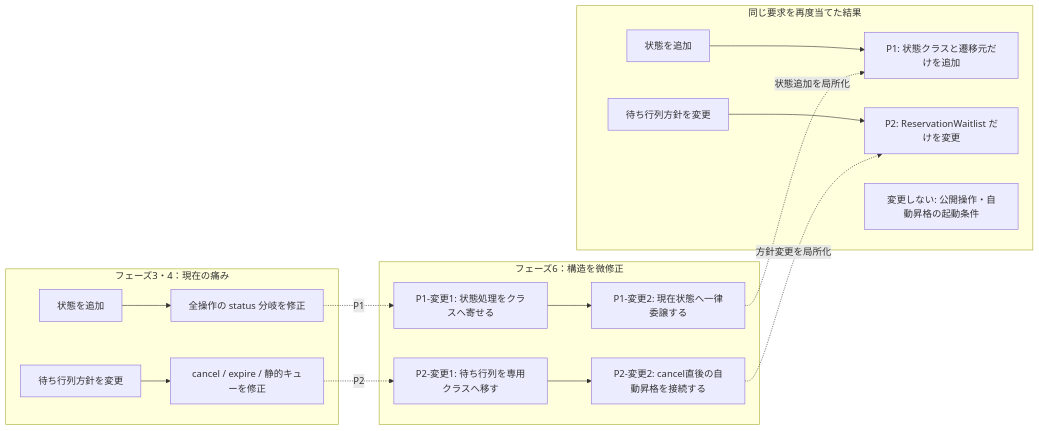
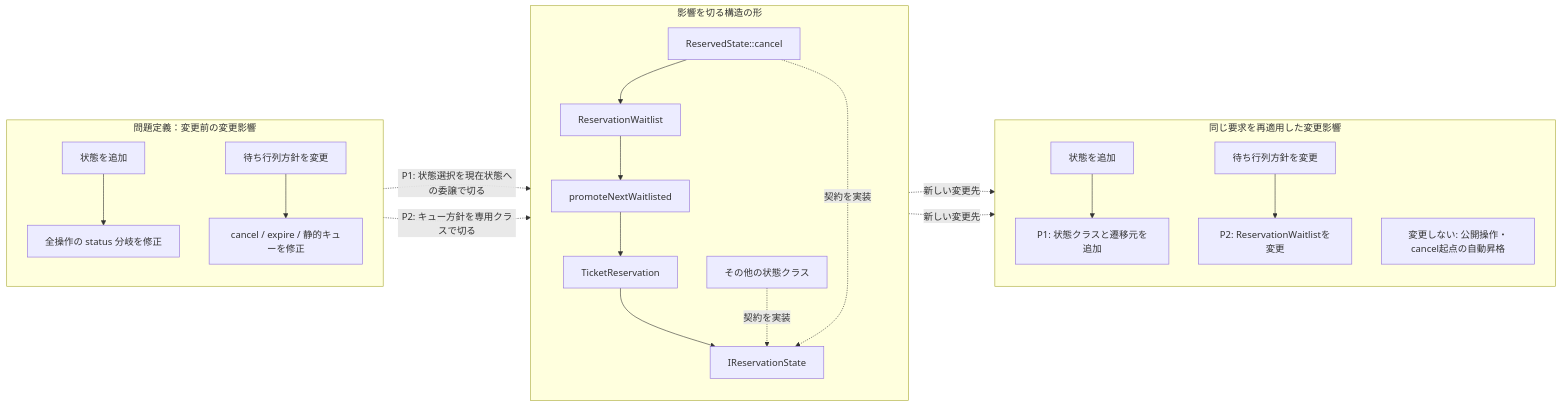
The ninth of 17 diagrams in kindle/design-patterns/output/chapter03.md (kumachan1101-pixel/DesignPattern), drawn with Mermaid before and after one commit. The commit also changed other lines of this file and 22 other files, not shown here.

Commit message:
Show structural change in impact diagrams

````diff
--- a/kindle/design-patterns/output/chapter03.md
+++ b/kindle/design-patterns/output/chapter03.md
@@ -1013,20 +1014,27 @@
 ```mermaid
 flowchart LR
-    subgraph Pain["フェーズ3・4：現在の痛み"]
+    subgraph Pain["問題定義：変更前の変更影響"]
+        direction TB
         CR1["状態を追加"] --> C1["全操作の status 分岐を修正"]
         CR2["待ち行列方針を変更"] --> C2["cancel / expire / 静的キューを修正"]
     end
-    subgraph StructuralChange["フェーズ6：構造を微修正"]
-        S11["P1-変更1: 状態処理をクラスへ寄せる"] --> S12["P1-変更2: 現在状態へ一律委譲する"]
-        S21["P2-変更1: 待ち行列を専用クラスへ移す"] --> S22["P2-変更2: cancel直後の自動昇格を接続する"]
+    subgraph TargetStructure["影響を切る構造の形"]
+        direction TB
+        TR["TicketReservation"] --> ST["IReservationState"]
+        States["その他の状態クラス"] -. "契約を実装" .-> ST
+        RS["ReservedState::cancel"] -. "契約を実装" .-> ST
+        RS --> WL["ReservationWaitlist"]
+        WL --> PM["promoteNextWaitlisted"]
+        PM --> TR
     end
-    subgraph Result["同じ要求を再度当てた結果"]
-        IR1["状態を追加"] --> I1["P1: 状態クラスと遷移元だけを追加"]
-        IR2["待ち行列方針を変更"] --> I2["P2: ReservationWaitlist だけを変更"]
-        IS["変更しない: 公開操作・自動昇格の起動条件"]
+    subgraph Result["同じ要求を再適用した変更影響"]
+        direction TB
+        IR1["状態を追加"] --> I1["P1: 状態クラスと遷移元を追加"]
+        IR2["待ち行列方針を変更"] --> I2["P2: ReservationWaitlistを変更"]
+        IS["変更しない: 公開操作・cancel起点の自動昇格"]
     end
-    C1 -. "P1" .-> S11
-    S12 -. "状態追加を局所化" .-> I1
-    C2 -. "P2" .-> S21
-    S22 -. "方針変更を局所化" .-> I2
+    C1 -. "P1: 状態選択を現在状態への委譲で切る" .-> ST
+    ST -. "新しい変更先" .-> I1
+    C2 -. "P2: キュー方針を専用クラスで切る" .-> WL
+    WL -. "新しい変更先" .-> I2
 ```
````
